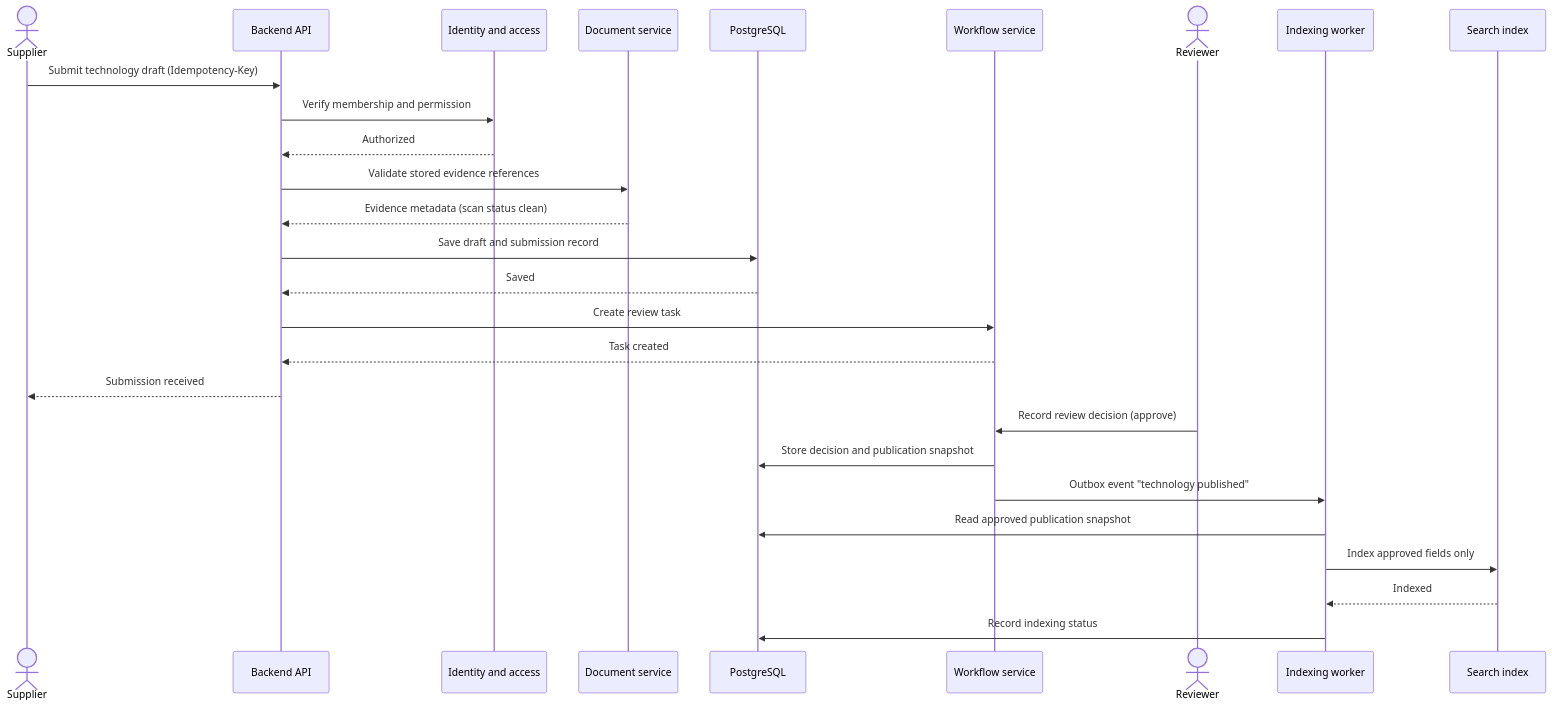
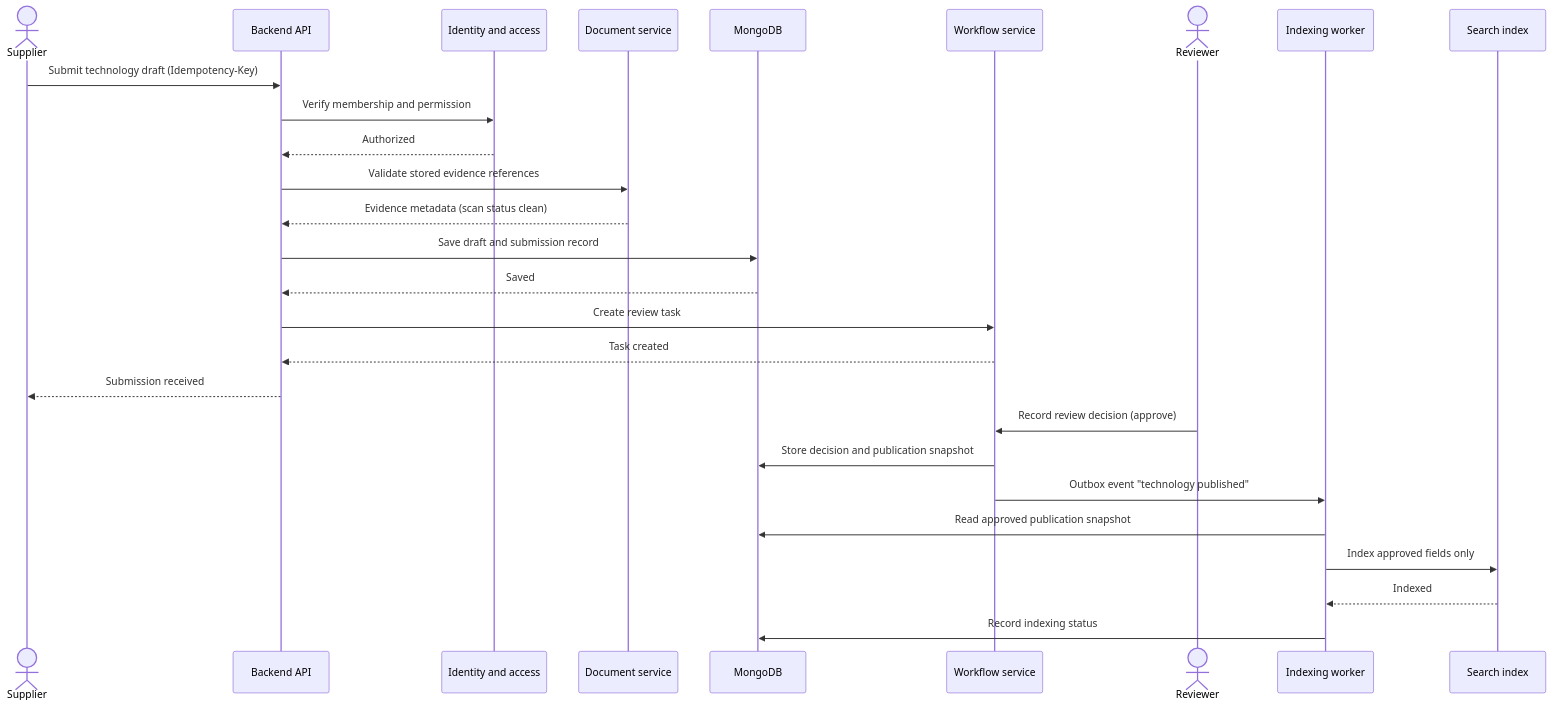
Diagram 13 of 21 in 05-system-design-blueprint.md (greensoft-atom/tex-platform), drawn with Mermaid before and after one commit. The commit also changed other lines of this file and 25 other files, not shown here.

````diff
--- a/05-system-design-blueprint.md
+++ b/05-system-design-blueprint.md
@@ -722,29 +724,29 @@
 ```mermaid
 sequenceDiagram
     actor Supplier
     participant API as Backend API
     participant IAM as Identity and access
     participant DOC as Document service
-    participant DB as PostgreSQL
+    participant DB as MongoDB
     participant WF as Workflow service
     actor Reviewer
     participant IDX as Indexing worker
     participant SE as Search index
     Supplier->>API: Submit technology draft (Idempotency-Key)
     API->>IAM: Verify membership and permission
     IAM-->>API: Authorized
     API->>DOC: Validate stored evidence references
     DOC-->>API: Evidence metadata (scan status clean)
     API->>DB: Save draft and submission record
     DB-->>API: Saved
     API->>WF: Create review task
     WF-->>API: Task created
     API-->>Supplier: Submission received
     Reviewer->>WF: Record review decision (approve)
     WF->>DB: Store decision and publication snapshot
     WF->>IDX: Outbox event "technology published"
     IDX->>DB: Read approved publication snapshot
     IDX->>SE: Index approved fields only
     SE-->>IDX: Indexed
     IDX->>DB: Record indexing status
 ```
````
